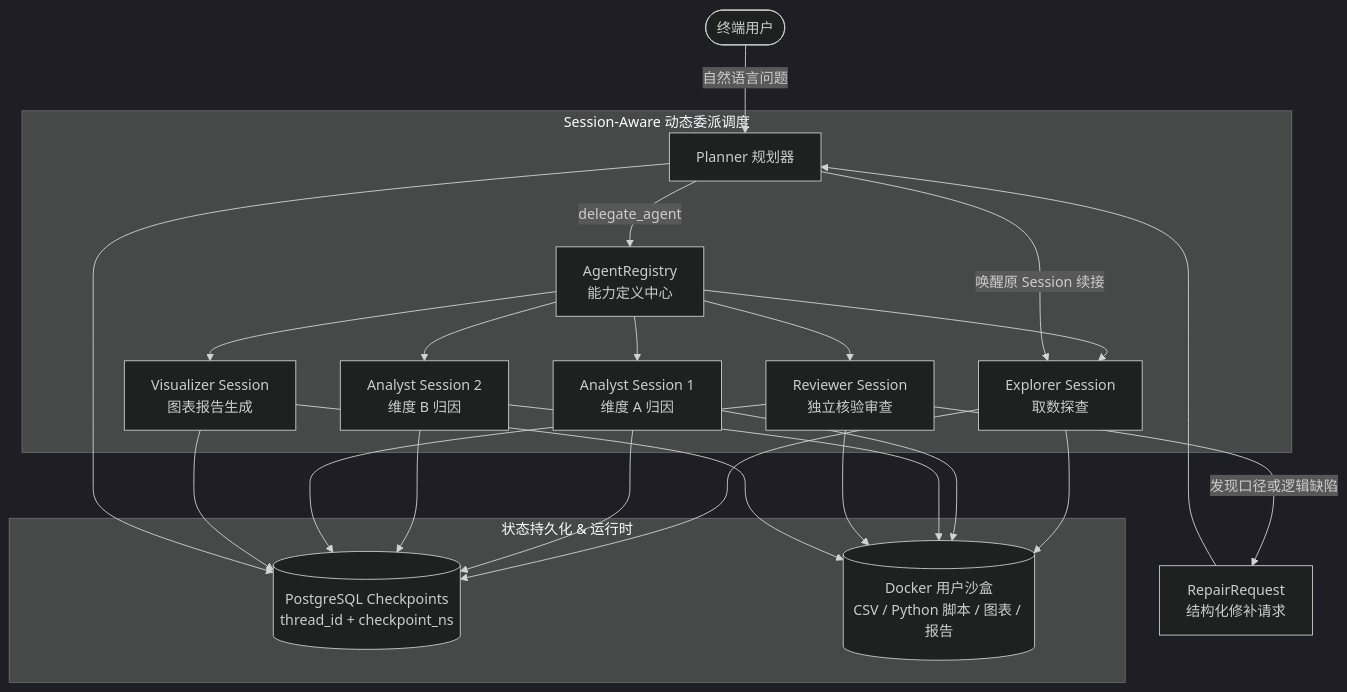
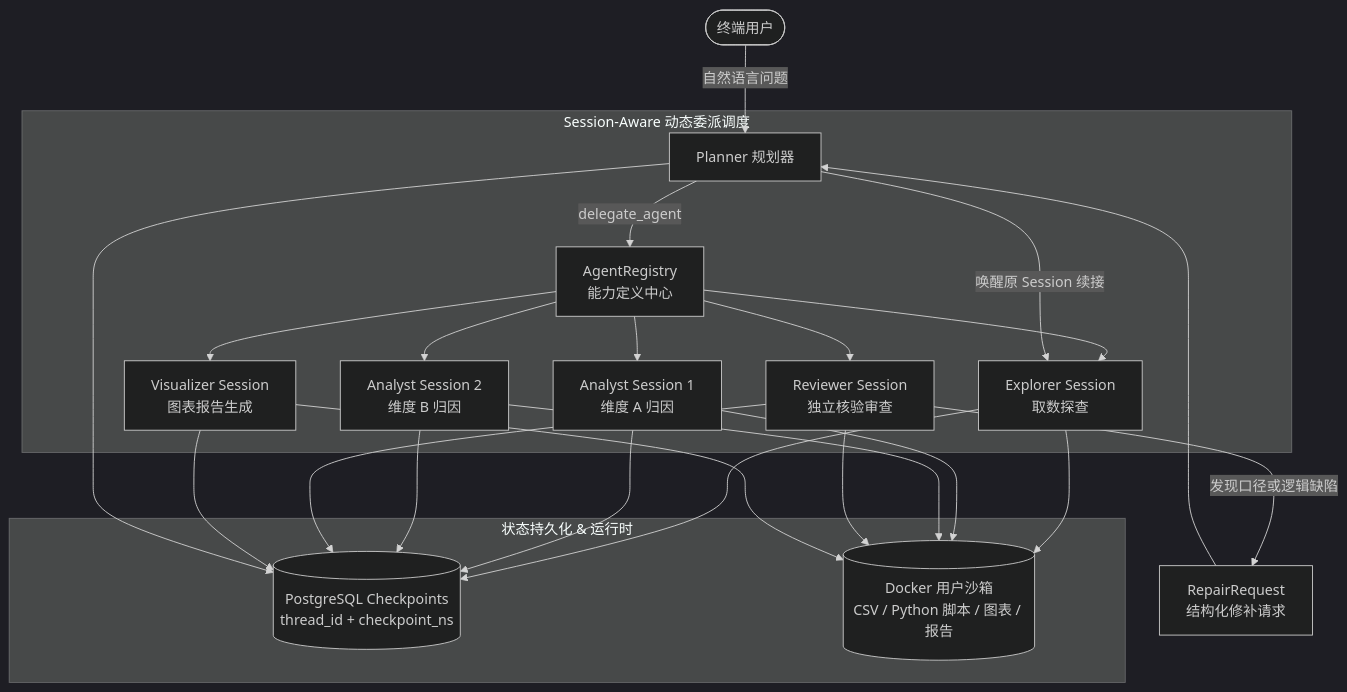
Before and after one commit to 2739673455/dataagent: the diagram in docs/04_MULTI_AGENT_ANALYTICS.md, drawn with Mermaid (dark theme). The commit also changed other lines of this file and 53 other files, not shown here.

````diff
--- a/docs/04_MULTI_AGENT_ANALYTICS.md
+++ b/docs/04_MULTI_AGENT_ANALYTICS.md
@@ -7,22 +7,22 @@
 ```mermaid
 flowchart TD
     User([终端用户]) -->|自然语言问题| Planner[Planner 规划器]
     
     subgraph Delegation [Session-Aware 动态委派调度]
         Planner -->|delegate_agent| Reg[AgentRegistry\n能力定义中心]
         Reg --> S1[Explorer Session\n取数探查]
         Reg --> S2[Analyst Session 1\n维度 A 归因]
         Reg --> S3[Analyst Session 2\n维度 B 归因]
         Reg --> S4[Reviewer Session\n独立核验审查]
         Reg --> S5[Visualizer Session\n图表报告生成]
     end
     
     subgraph Persistence [状态持久化 & 运行时]
         S1 & S2 & S3 & S4 & S5 & Planner --> Checkpoint[(PostgreSQL Checkpoints\nthread_id + checkpoint_ns)]
-        S1 & S2 & S3 & S4 & S5 --> Sandbox[(Docker 用户沙盒\nCSV / Python 脚本 / 图表 / 报告)]
+        S1 & S2 & S3 & S4 & S5 --> Sandbox[(Docker 用户沙箱\nCSV / Python 脚本 / 图表 / 报告)]
     end
     
     S4 -->|发现口径或逻辑缺陷| Repair[RepairRequest\n结构化修补请求]
     Repair --> Planner
     Planner -->|唤醒原 Session 续接| S1
 ```
````
